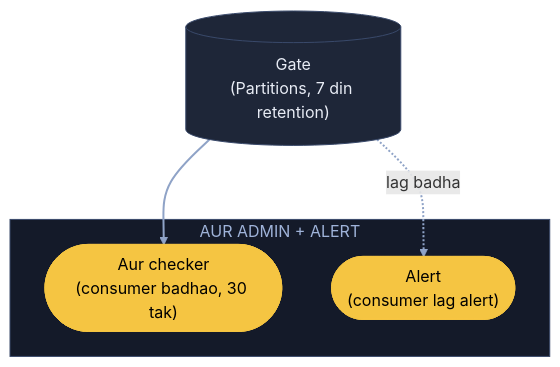
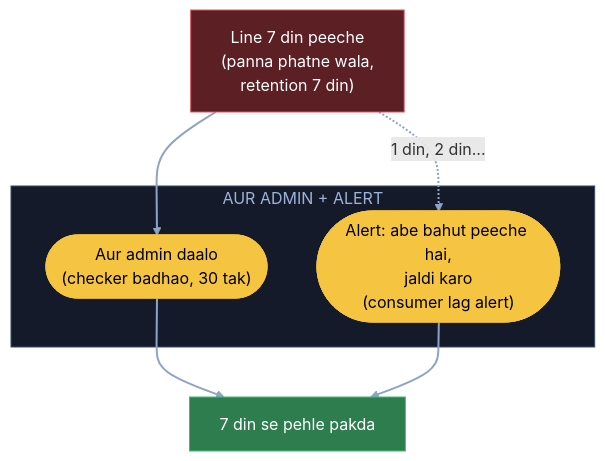
One commit to ArpanMaheshwari144/Prep changed the tenth of 10 diagrams in 04_HLD/SYSTEM_DESIGNS/12_message_queue_kafka/12_message_queue_kafka.md. Above: the diagram before and after it, drawn with Mermaid. The commit also changed other lines of this file, not shown here.

Commit message:
Kafka: 10 diagram stadium kahani (hand notes) se; runner / order cancel / min.insync / 5000 fan jaisi apni jodi baatein hatai, K6 pehli soch wapas

````diff
--- a/04_HLD/SYSTEM_DESIGNS/12_message_queue_kafka/12_message_queue_kafka.md
+++ b/04_HLD/SYSTEM_DESIGNS/12_message_queue_kafka/12_message_queue_kafka.md
@@ -324,16 +344,19 @@
 ```mermaid
 flowchart TB
-    G[("Gate<br/>(Partitions, 7 din retention)")]:::card
+    G["Line 7 din peeche<br/>(panna phatne wala,<br/>retention 7 din)"]:::bad
     subgraph AA["AUR ADMIN + ALERT"]
-        C(["Aur checker<br/>(consumer badhao, 30 tak)"]):::pill
-        A(["Alert<br/>(consumer lag alert)"]):::pill
+        C(["Aur admin daalo<br/>(checker badhao, 30 tak)"]):::pill
+        A(["Alert: abe bahut peeche hai,<br/>jaldi karo<br/>(consumer lag alert)"]):::pill
     end
+    OK["7 din se pehle pakda"]:::good
     G --> C
-    G -. "lag badha" .-> A
+    G -. "1 din, 2 din..." .-> A
+    C --> OK
+    A --> OK
     linkStyle default stroke:#8fa3c7,stroke-width:2px
     classDef card fill:#1e2638,stroke:#3a4a6b,color:#e8ecf5
     classDef pill fill:#f5c542,stroke:#f5c542,color:#000
     classDef good fill:#2e7d4f,stroke:#3fbf6f,color:#fff
     classDef bad fill:#5c1f24,stroke:#e05561,color:#fff
     style AA fill:#141a29,stroke:#3a4a6b,color:#9fb3d9
 ```
````
